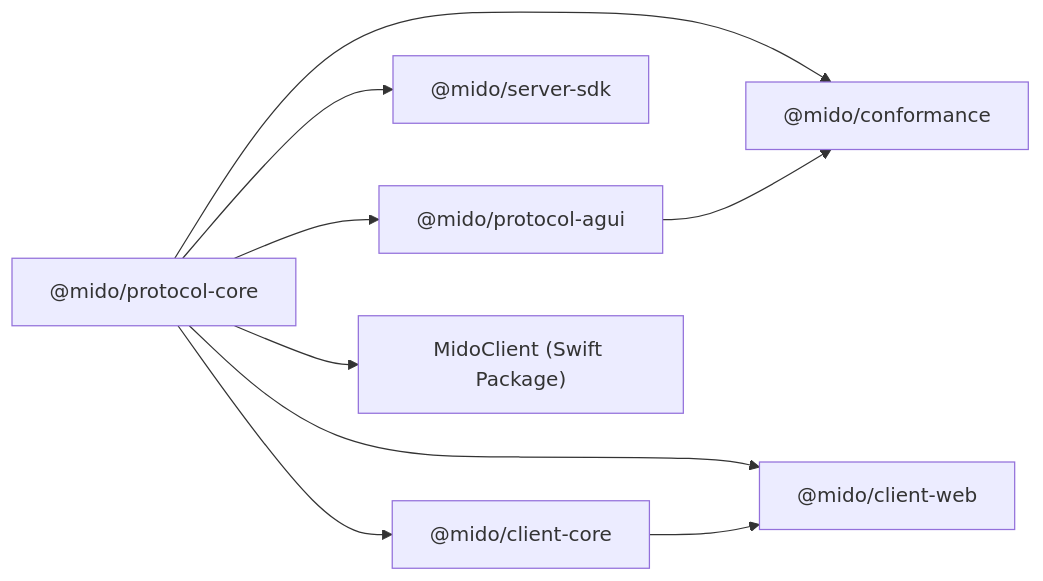
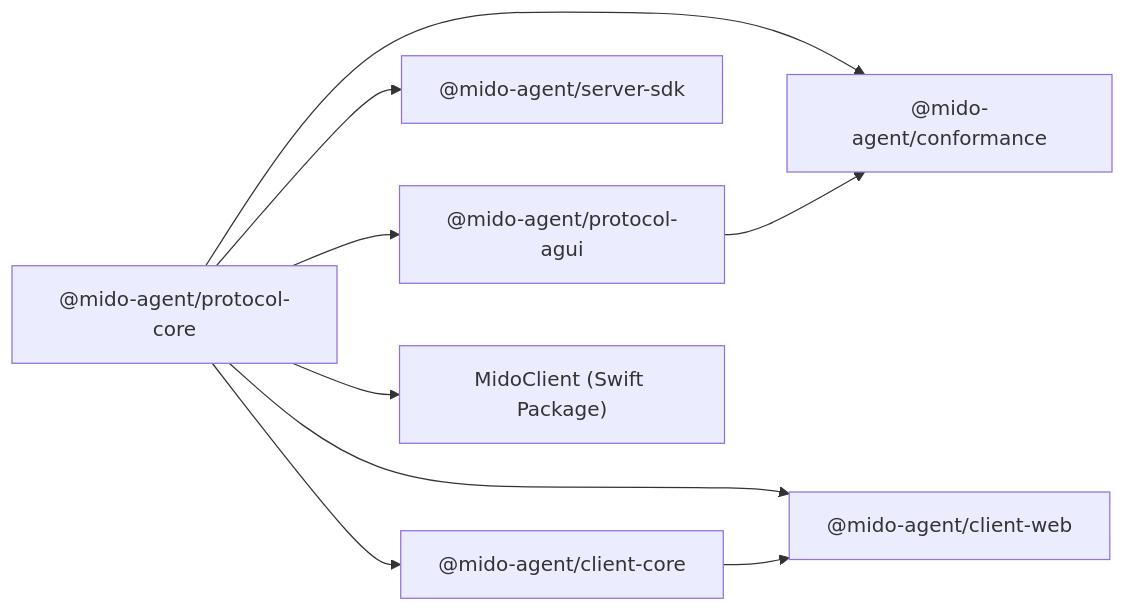
Before and after one commit to kingiol/Mido: the diagram in docs/architecture.md, drawn with Mermaid. The commit also changed other lines of this file and 104 other files, not shown here.

Commit message:
chore: rename npm scope to mido-agent

````diff
--- a/docs/architecture.md
+++ b/docs/architecture.md
@@ -20,11 +20,11 @@
 ```mermaid
 flowchart LR
-  A["@mido/protocol-core"] --> B["@mido/protocol-agui"]
-  A --> C["@mido/server-sdk"]
-  A --> D["@mido/client-core"]
-  A --> E["@mido/client-web"]
+  A["@mido-agent/protocol-core"] --> B["@mido-agent/protocol-agui"]
+  A --> C["@mido-agent/server-sdk"]
+  A --> D["@mido-agent/client-core"]
+  A --> E["@mido-agent/client-web"]
   A --> G["MidoClient (Swift Package)"]
-  A --> F["@mido/conformance"]
+  A --> F["@mido-agent/conformance"]
   B --> F
   D --> E
 ```
````
